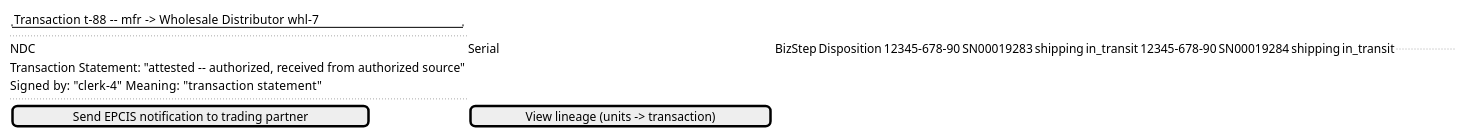
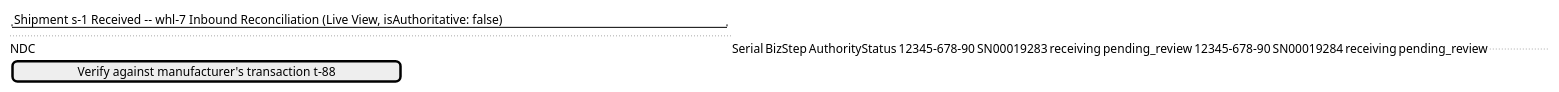
The sixth of 6 diagrams in docs/domains/dscsa-pharma-supply-chain/features/product-serialization-and-trading-partner-transaction.md (Mwwhited-BookLearning/EventSourcing), drawn with PlantUML before and after one commit. The commit also changed other lines of this file and 37 other files, not shown here.

````diff
--- a/docs/domains/dscsa-pharma-supply-chain/features/product-serialization-and-trading-partner-transaction.md
+++ b/docs/domains/dscsa-pharma-supply-chain/features/product-serialization-and-trading-partner-transaction.md
@@ -238,17 +293,14 @@
 ```plantuml
 @startsalt
 {
-  { "Transaction t-88  --  mfr -> Wholesale Distributor whl-7" }
+  { "Shipment s-1 Received -- whl-7 Inbound Reconciliation (Live View, isAuthoritative: false)" }
   ..
-  | NDC          | Serial     | BizStep    | Disposition   |
-  | 12345-678-90 | SN00019283 | shipping   | in_transit     |
-  | 12345-678-90 | SN00019284 | shipping   | in_transit     |
-  | ...          | ...        | ...        | ...            |
+  | NDC          | Serial     | BizStep    | AuthorityStatus  |
+  | 12345-678-90 | SN00019283 | receiving  | pending_review   |
+  | 12345-678-90 | SN00019284 | receiving  | pending_review   |
+  | ...          | ...        | ...        | ...              |
   ..
-  Transaction Statement: "attested -- authorized, received from authorized source"
-  Signed by: "clerk-4"    Meaning: "transaction statement"
-  ..
-  [ Send EPCIS notification to trading partner ] | [ View lineage (units -> transaction) ]
+  [ Verify against manufacturer's transaction t-88 ]
 }
 @endsalt
 ```
````
